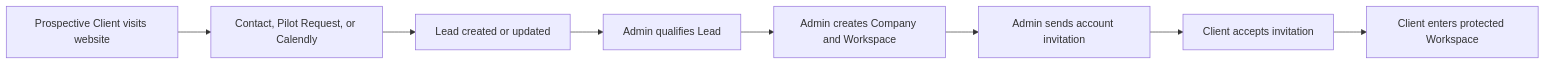
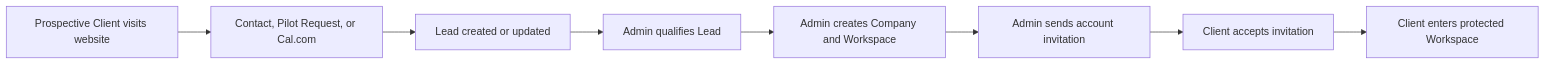
The first of 2 diagrams in 02-UX/User-Flows.md (blih-tech/blihops-design), drawn with Mermaid before and after one commit. The commit also changed other lines of this file and 5 other files, not shown here.

````diff
--- a/02-UX/User-Flows.md
+++ b/02-UX/User-Flows.md
@@ -20,10 +20,10 @@
 ```mermaid
 flowchart LR
-    A["Prospective Client visits website"] --> B["Contact, Pilot Request, or Calendly"]
+    A["Prospective Client visits website"] --> B["Contact, Pilot Request, or Cal.com"]
     B --> C["Lead created or updated"]
     C --> D["Admin qualifies Lead"]
     D --> E["Admin creates Company and Workspace"]
     E --> F["Admin sends account invitation"]
     F --> G["Client accepts invitation"]
     G --> H["Client enters protected Workspace"]
 ```
````
